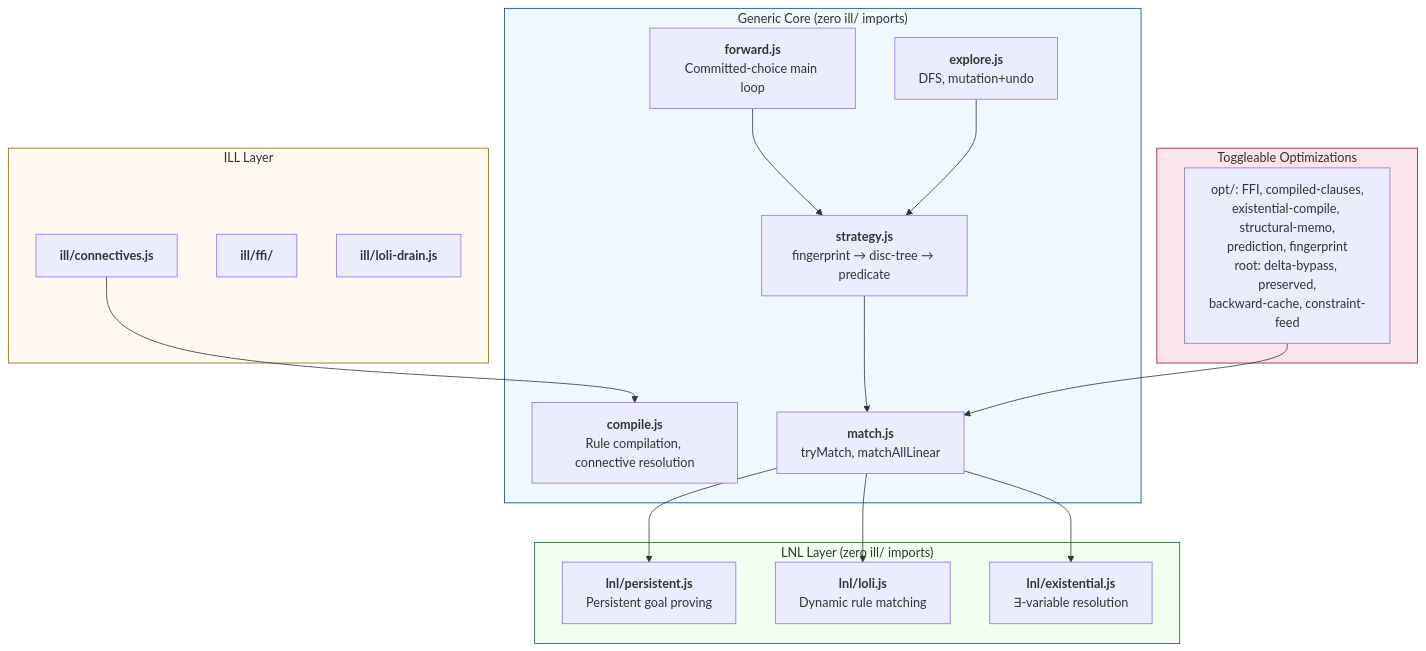
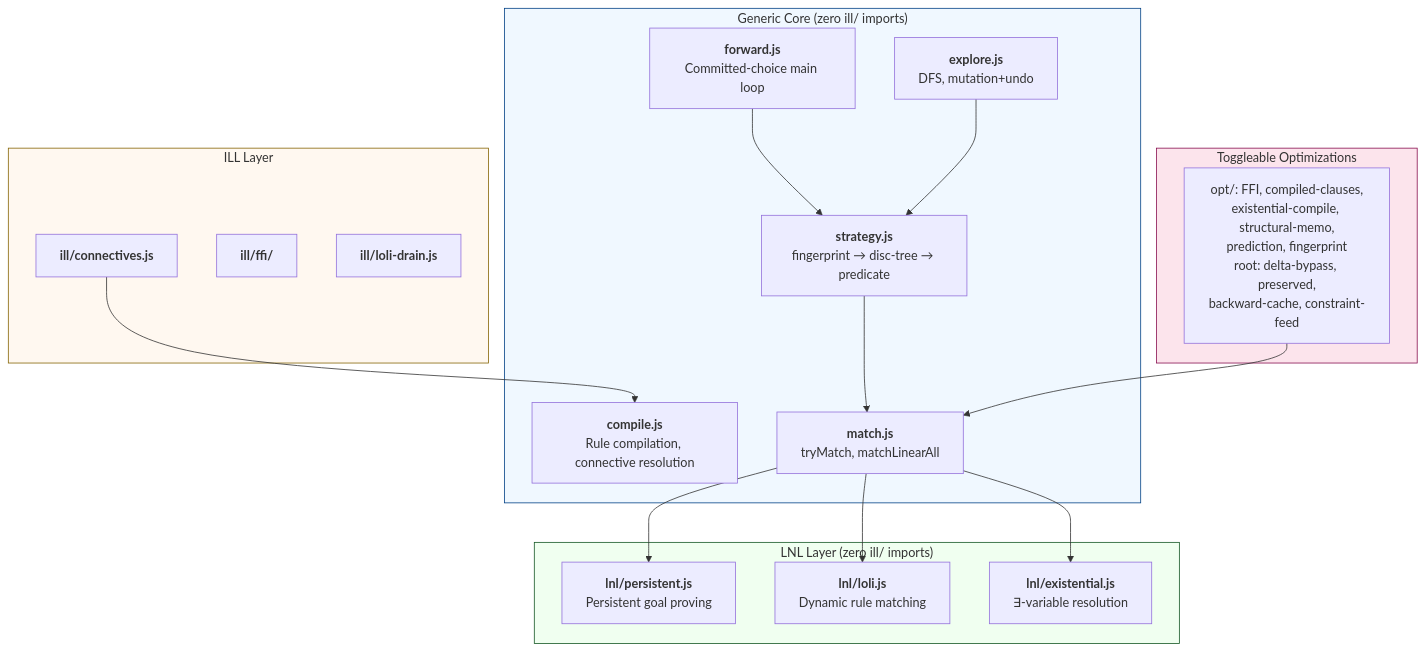
The second of 2 diagrams in doc/documentation/architecture.md (mhhf/calc), drawn with Mermaid before and after one commit. The commit also changed other lines of this file and 127 other files, not shown here.

````diff
--- a/doc/documentation/architecture.md
+++ b/doc/documentation/architecture.md
@@ -235,40 +235,40 @@
 ```mermaid
 graph TB
     subgraph GenericCore["Generic Core (zero ill/ imports)"]
         COMP["<b>compile.js</b><br/>Rule compilation, connective resolution"]
-        MAT["<b>match.js</b><br/>tryMatch, matchAllLinear"]
+        MAT["<b>match.js</b><br/>tryMatch, matchLinearAll"]
         STRAT["<b>strategy.js</b><br/>fingerprint → disc-tree → predicate"]
         EXEC["<b>forward.js</b><br/>Committed-choice main loop"]
         EXP["<b>explore.js</b><br/>DFS, mutation+undo"]
     end
 
     subgraph LNLLayer["LNL Layer (zero ill/ imports)"]
         PERS["<b>lnl/persistent.js</b><br/>Persistent goal proving"]
         LOLI["<b>lnl/loli.js</b><br/>Dynamic rule matching"]
         EXIS["<b>lnl/existential.js</b><br/>∃-variable resolution"]
     end
 
     subgraph ILLLayer["ILL Layer"]
         CONN["<b>ill/connectives.js</b>"]
         FFIL["<b>ill/ffi/</b>"]
         DRAIN["<b>ill/loli-drain.js</b>"]
     end
 
     subgraph OptLayer["Toggleable Optimizations"]
         OPT["opt/: FFI, compiled-clauses,<br/>existential-compile, structural-memo,<br/>prediction, fingerprint<br/>root: delta-bypass, preserved,<br/>backward-cache, constraint-feed"]
     end
 
     STRAT --> MAT
     MAT --> PERS
     MAT --> LOLI
     MAT --> EXIS
     EXEC --> STRAT
     EXP --> STRAT
     CONN --> COMP
     OPT --> MAT
 
     style GenericCore fill:#f0f8ff,stroke:#004085
     style LNLLayer fill:#f0fff0,stroke:#155724
     style ILLLayer fill:#fff8f0,stroke:#856404
     style OptLayer fill:#fce4ec,stroke:#880e4f
 ```
````
